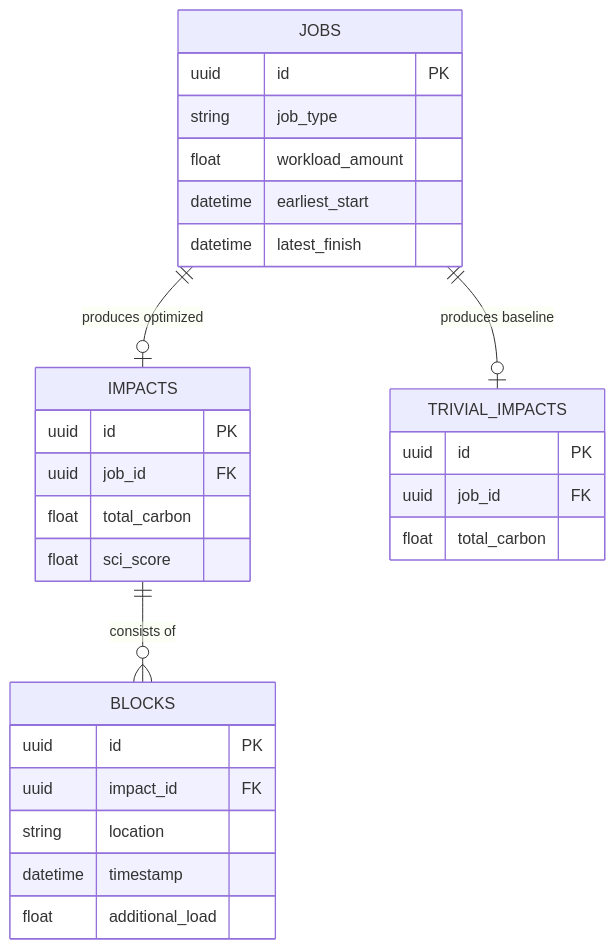
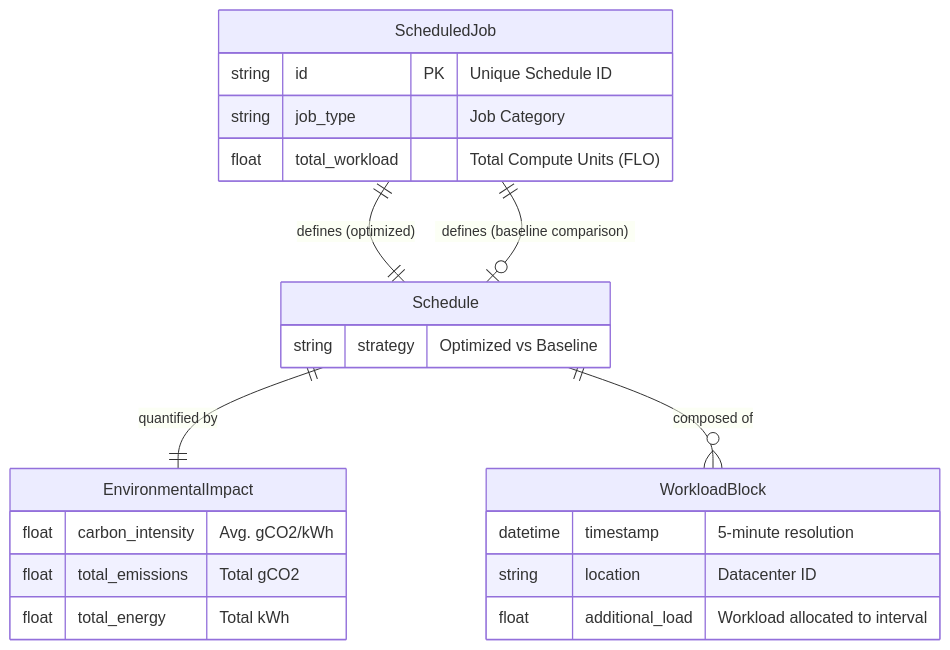
One commit to rithwik134/COMP0016_Website_Report_Team_25 changed the sixth of 6 diagrams in docs/system-design.md. Above: the diagram before and after it, drawn with Mermaid. The commit also changed other lines of this file, not shown here.

Commit message:
update db schema er

````diff
--- a/docs/system-design.md
+++ b/docs/system-design.md
@@ -351,32 +351,26 @@
 ```mermaid
 erDiagram
-    JOBS {
-        uuid id PK
-        string job_type
-        float workload_amount
-        datetime earliest_start
-        datetime latest_finish
+    ScheduledJob {
+        string id PK "Unique Schedule ID"
+        string job_type "Job Category"
+        float total_workload "Total Compute Units (FLO)"
     }
-    IMPACTS {
-        uuid id PK
-        uuid job_id FK
-        float total_carbon
-        float sci_score
+    Schedule {
+        string strategy "Optimized vs Baseline"
     }
-    BLOCKS {
-        uuid id PK
-        uuid impact_id FK
-        string location
-        datetime timestamp
-        float additional_load
+    EnvironmentalImpact {
+        float carbon_intensity "Avg. gCO2/kWh"
+        float total_emissions "Total gCO2"
+        float total_energy "Total kWh"
     }
-    TRIVIAL_IMPACTS {
-        uuid id PK
-        uuid job_id FK
-        float total_carbon
+    WorkloadBlock {
+        datetime timestamp "5-minute resolution"
+        string location "Datacenter ID"
+        float additional_load "Workload allocated to interval"
     }
 
-    JOBS ||--o| IMPACTS : "produces optimized"
-    JOBS ||--o| TRIVIAL_IMPACTS : "produces baseline"
-    IMPACTS ||--o{ BLOCKS : "consists of"
+    ScheduledJob ||--|| Schedule : "defines (optimized)"
+    ScheduledJob ||--o| Schedule : "defines (baseline comparison)"
+    Schedule ||--|| EnvironmentalImpact : "quantified by"
+    Schedule ||--o{ WorkloadBlock : "composed of"
 ```
````
